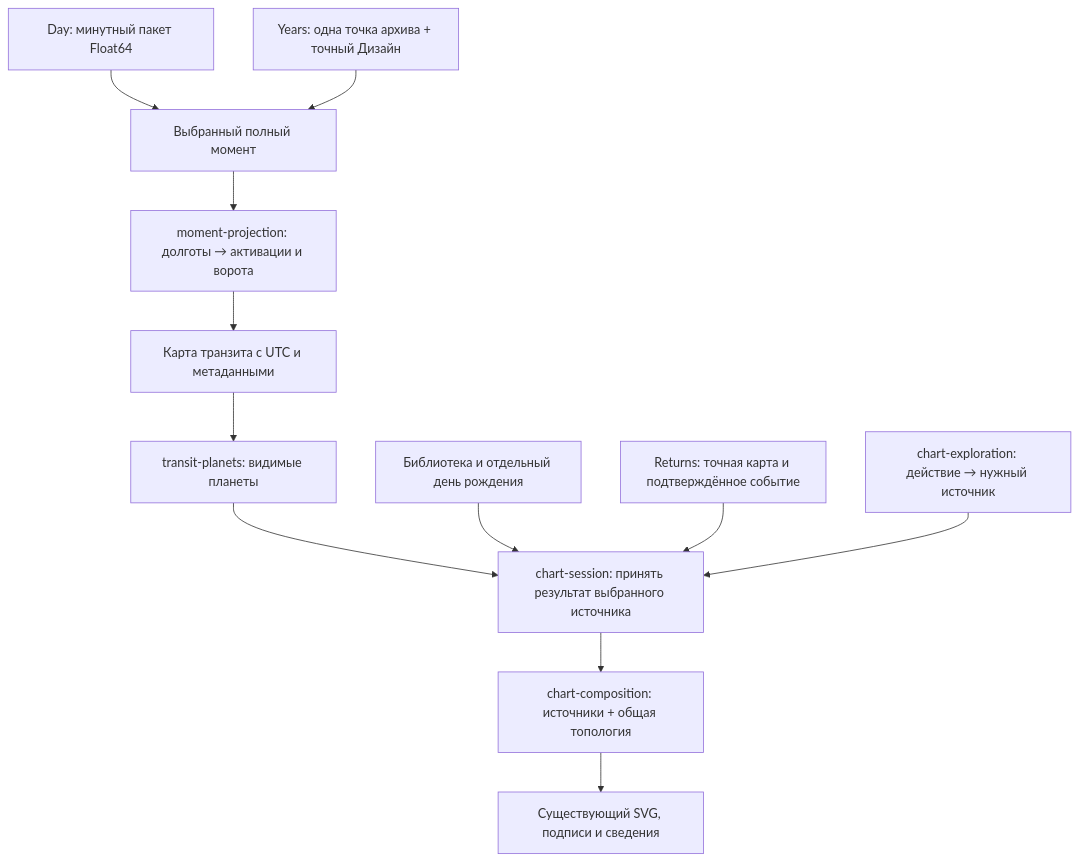
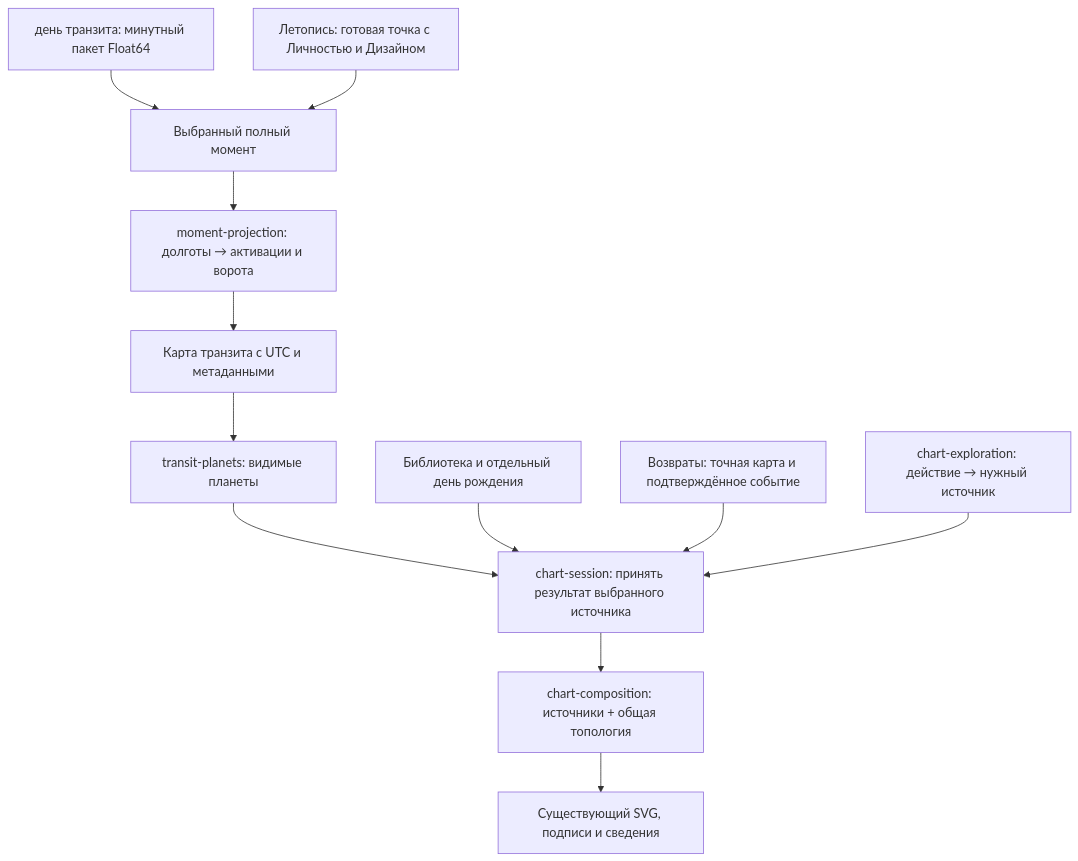
Before and after one commit to JMahach/forma: the second of 2 diagrams in README.md, drawn with Mermaid. The commit also changed other lines of this file and 99 other files, not shown here.

````diff
--- a/README.md
+++ b/README.md
@@ -573,14 +582,14 @@
 ```mermaid
 flowchart TB
-  day["Day: минутный пакет Float64"] --> sample["Выбранный полный момент"]
-  years["Years: одна точка архива + точный Дизайн"] --> sample
+  day["день транзита: минутный пакет Float64"] --> sample["Выбранный полный момент"]
+  lifetime["Летопись: готовая точка с Личностью и Дизайном"] --> sample
   sample --> projection["moment-projection: долготы → активации и ворота"]
   projection --> chart["Карта транзита с UTC и метаданными"]
   chart --> filter["transit-planets: видимые планеты"]
   filter --> session["chart-session: принять результат выбранного источника"]
   birth["Библиотека и отдельный день рождения"] --> session
-  returns["Returns: точная карта и подтверждённое событие"] --> session
+  returns["Возвраты: точная карта и подтверждённое событие"] --> session
   commands["chart-exploration: действие → нужный источник"] --> session
   session --> composition["chart-composition: источники + общая топология"]
   composition --> scene["Существующий SVG, подписи и сведения"]
 ```
````
